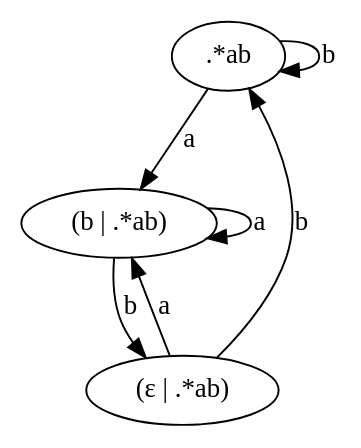
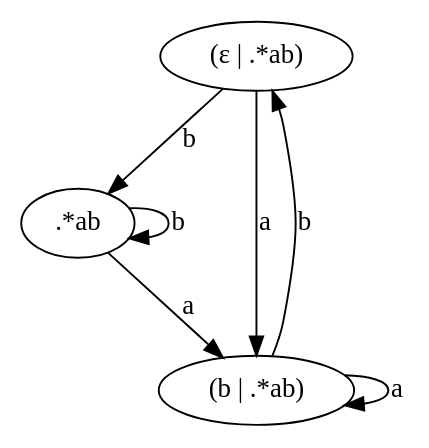
Before and after one commit to eniac/Reef: the diagram in graphs/dfa.dot, drawn with Graphviz. The commit also changed other lines of this file and 1 other file, not shown here.

```diff
--- a/graphs/dfa.dot
+++ b/graphs/dfa.dot
@@ -1,11 +1,11 @@
 digraph example {
+    N2[label="(ε | .*ab)"];
     N0[label=".*ab"];
-    N2[label="(ε | .*ab)"];
     N1[label="(b | .*ab)"];
+    N1 -> N1[label="a"];
     N0 -> N0[label="b"];
-    N1 -> N1[label="a"];
+    N2 -> N1[label="a"];
+    N0 -> N1[label="a"];
+    N1 -> N2[label="b"];
     N2 -> N0[label="b"];
-    N1 -> N2[label="b"];
-    N0 -> N1[label="a"];
-    N2 -> N1[label="a"];
 }
```
